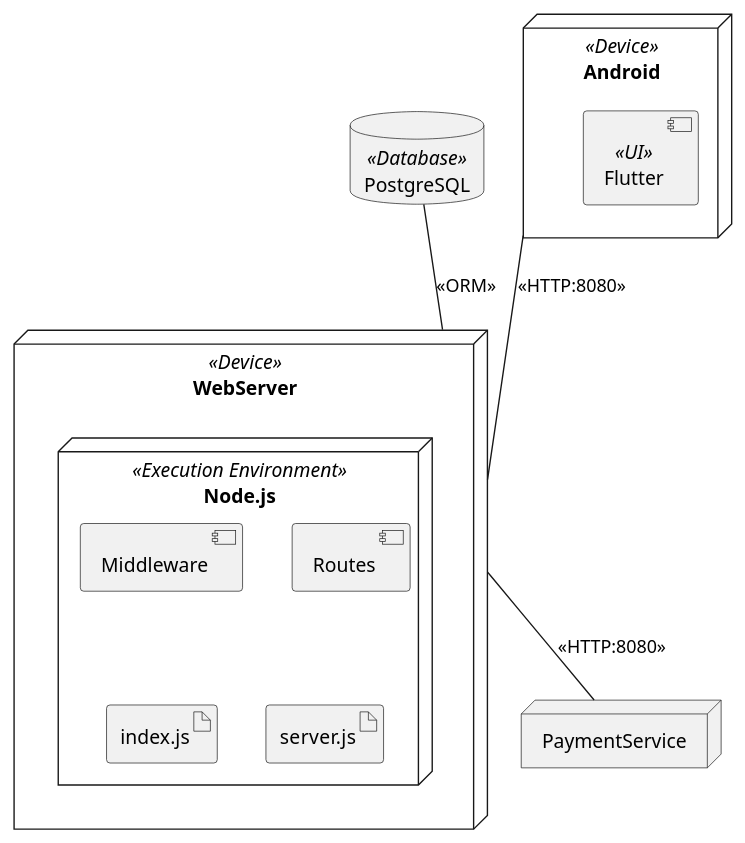
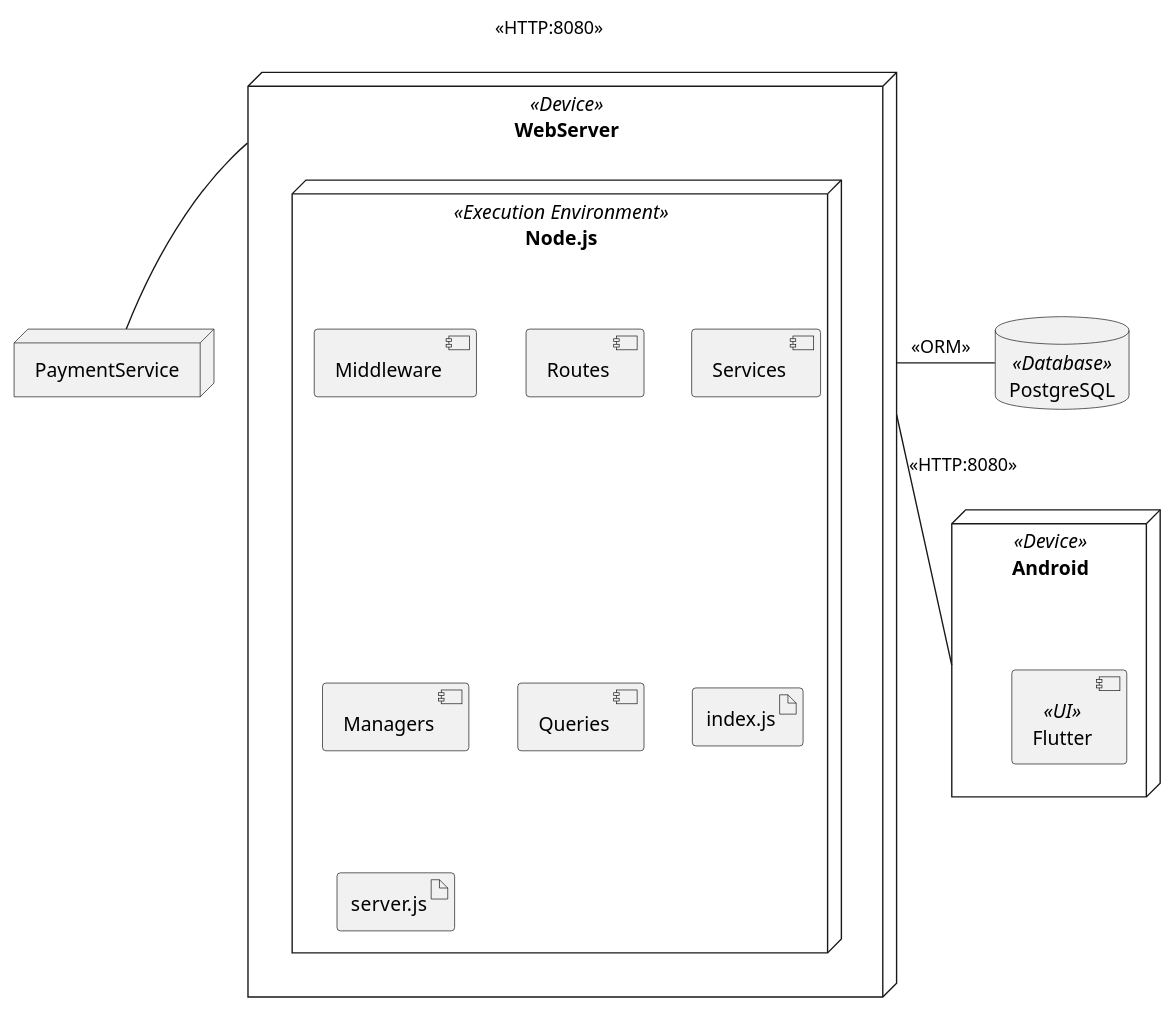
The diagram in Deployment Diagram.puml (maulidinar/plantuml), drawn with PlantUML before and after one commit. The commit also changed 1 other file, not shown here.

```diff
--- a/Deployment Diagram.puml
+++ b/Deployment Diagram.puml
@@ -1,26 +1,29 @@
 @startuml DeploymentDiagram
 
 node WebServer <<Device>> {
     node Node.js <<Execution Environment>> {
         component Middleware
         component Routes
+        component Services
+        component Managers
+        component Queries
         artifact index.js
         artifact server.js
     }
 }
 
 node Android <<Device>> {
     component Flutter <<UI>>
 }
 
 database PostgreSQL <<Database>>
 
 node PaymentService {
 
 }
 
-PostgreSQL -- WebServer:<<ORM>>
-Android -- WebServer :<<HTTP:8080>>
-WebServer -- PaymentService : <<HTTP:8080>>
+WebServer -right- PostgreSQL:<<ORM>>
+WebServer -- Android :<<HTTP:8080>>
+WebServer -left- PaymentService :<<HTTP:8080>>
 
 @enduml
```
